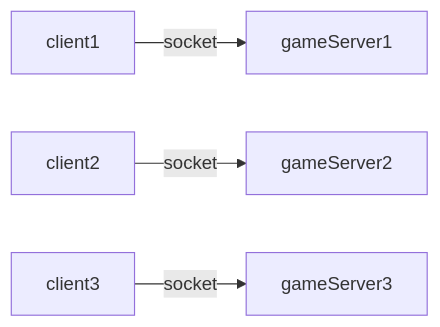
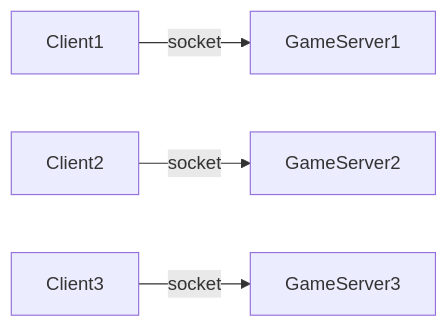
Before and after one commit to hanjingo/doc: the third of 4 diagrams in PROJ/game_server_develop.md, drawn with Mermaid. The commit also changed other lines of this file and 6 other files, not shown here.

````diff
--- a/PROJ/game_server_develop.md
+++ b/PROJ/game_server_develop.md
@@ -27,6 +45,6 @@
 ```mermaid
 graph LR
-client1 --socket--> gameServer1
-client2 --socket--> gameServer2
-client3 --socket--> gameServer3
+Client1 --socket--> GameServer1
+Client2 --socket--> GameServer2
+Client3 --socket--> GameServer3
 ```
````
